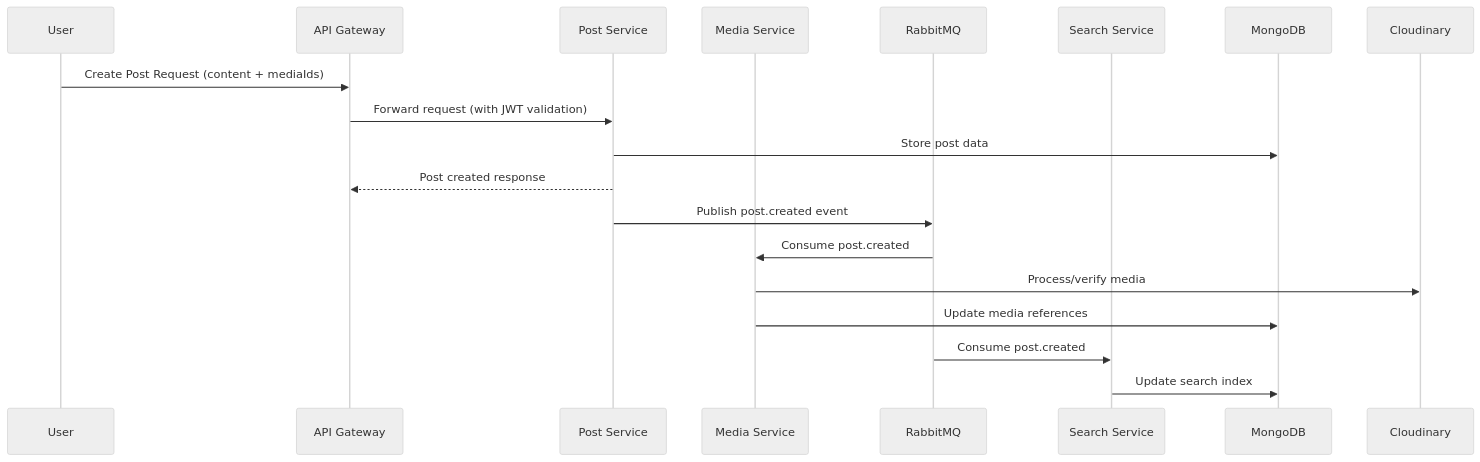
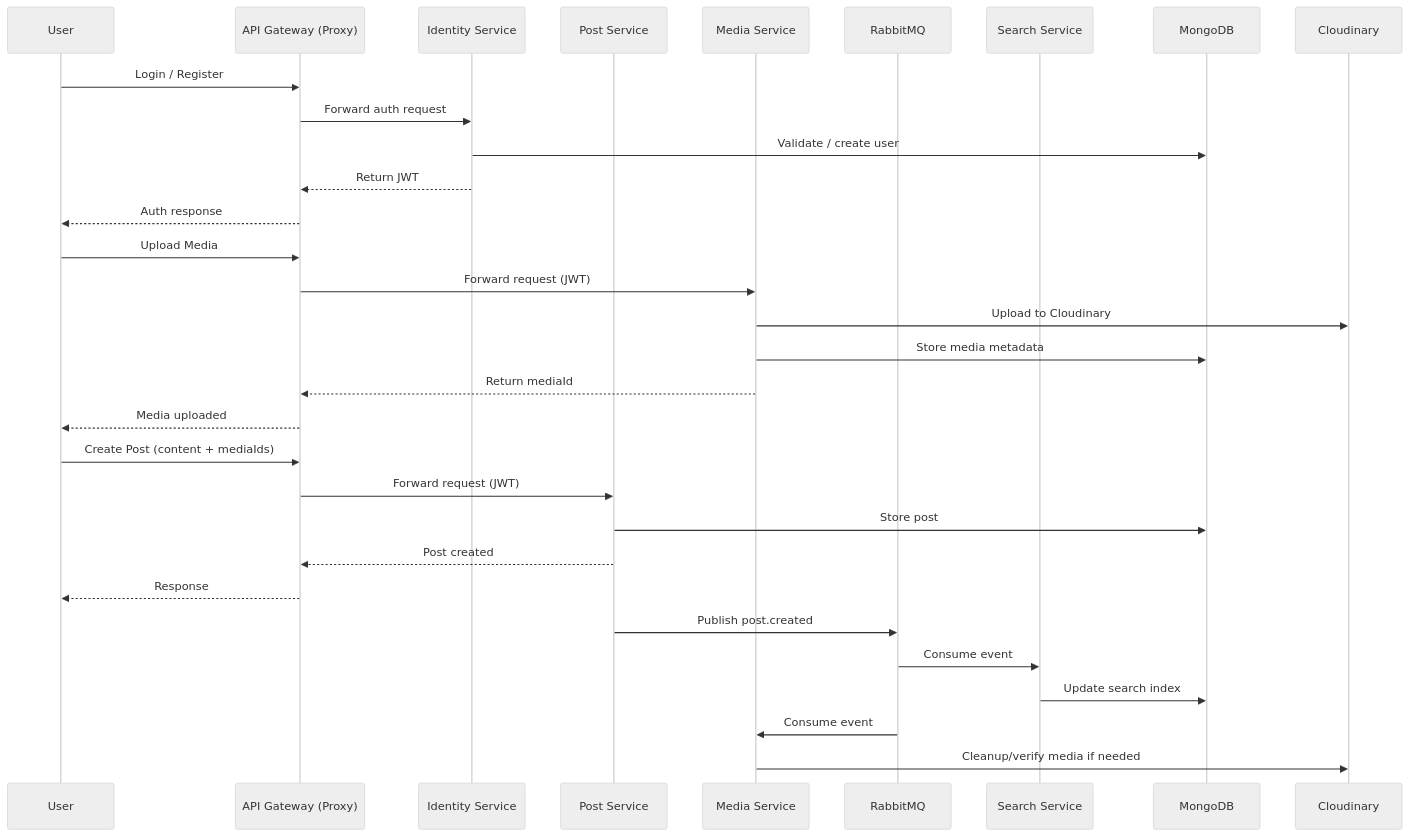
Before and after one commit to ashishkhoda/Social-Media-Nodejs-Microservices: the second of 2 diagrams in README.md, drawn with Mermaid (neutral theme).

````diff
--- a/README.md
+++ b/README.md
@@ -102,32 +102,48 @@
 ```mermaid
 
 sequenceDiagram
 
     participant U as User
-    participant G as API Gateway
+    participant G as API Gateway (Proxy)
+    participant I as Identity Service
     participant P as Post Service
     participant M as Media Service
     participant R as RabbitMQ
     participant S as Search Service
     participant DB as MongoDB
     participant C as Cloudinary
 
-    U->>G: Create Post Request (content + mediaIds)
-    G->>P: Forward request (with JWT validation)
+    %% Authentication flow
+    U->>G: Login / Register
+    G->>I: Forward auth request
+    I->>DB: Validate / create user
+    I-->>G: Return JWT
+    G-->>U: Auth response
 
-    P->>DB: Store post data
-    P-->>G: Post created response
+    %% Media upload flow
+    U->>G: Upload Media
+    G->>M: Forward request (JWT)
+    M->>C: Upload to Cloudinary
+    M->>DB: Store media metadata
+    M-->>G: Return mediaId
+    G-->>U: Media uploaded
+
+    %% Post creation flow
+    U->>G: Create Post (content + mediaIds)
+    G->>P: Forward request (JWT)
+    P->>DB: Store post
+    P-->>G: Post created
+    G-->>U: Response
 
     %% Async event flow
-    P->>R: Publish post.created event
+    P->>R: Publish post.created
 
-    %% Media handling
-    R->>M: Consume post.created
-    M->>C: Process/verify media
-    M->>DB: Update media references
-
-    %% Search indexing
-    R->>S: Consume post.created
+    %% Consumers
+    R->>S: Consume event
     S->>DB: Update search index
 
+    R->>M: Consume event
+    M->>C: Cleanup/verify media if needed
+
+
 ```
````
